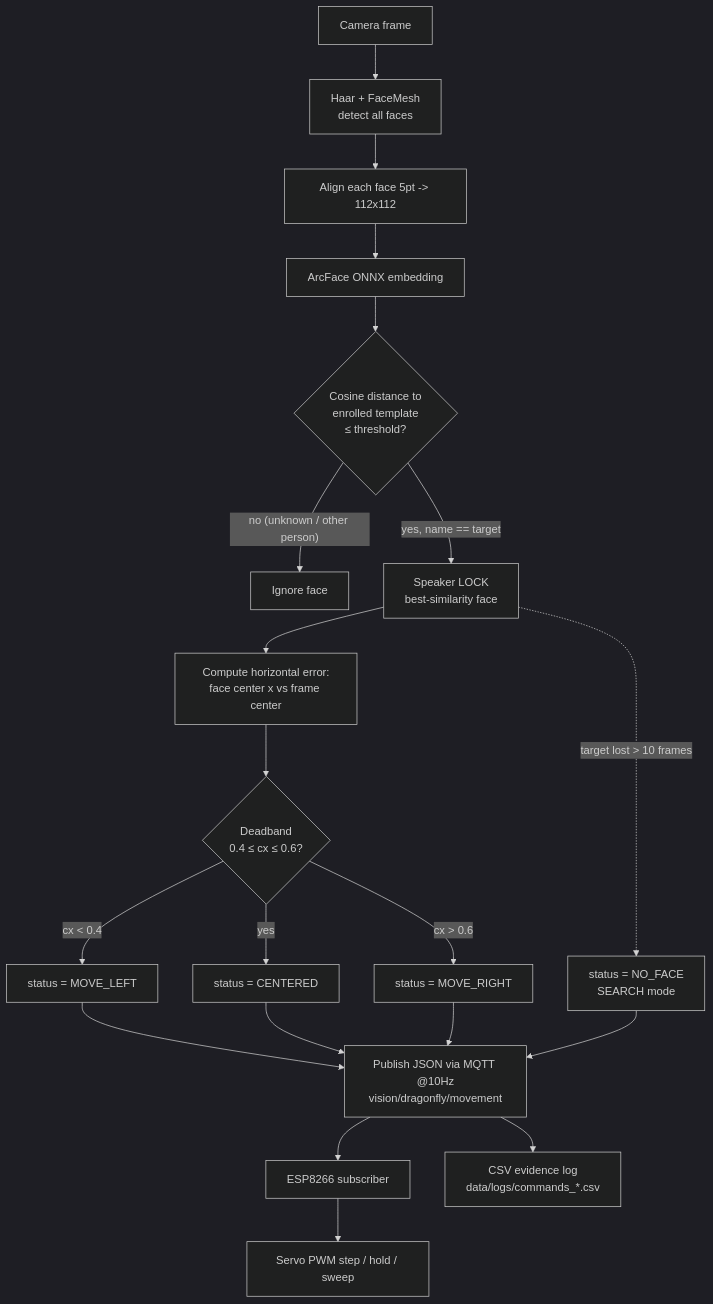
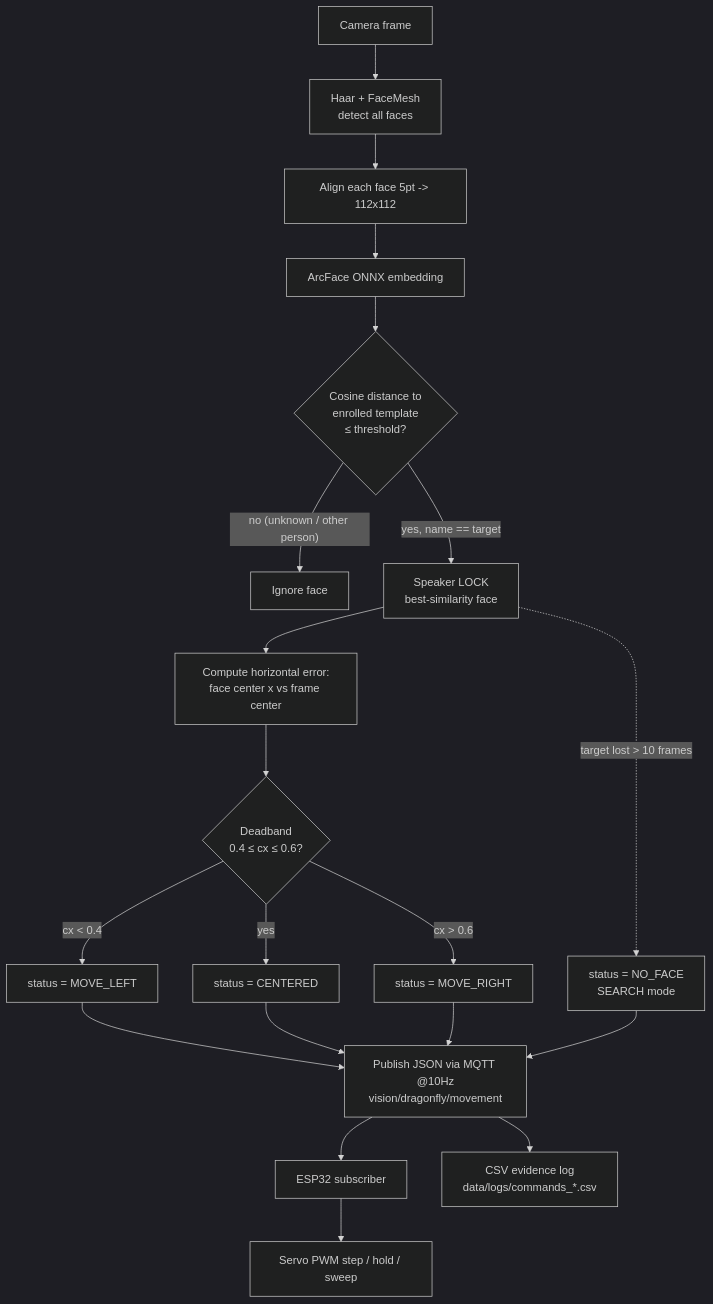
One commit to Irere123/face-mqtt-servo changed the diagram in README.md. Above: the diagram before and after it, drawn with Mermaid (dark theme). The commit also changed other lines of this file and 5 other files, not shown here.

````diff
--- a/README.md
+++ b/README.md
@@ -131,19 +149,19 @@
 ```mermaid
 flowchart TD
     A[Camera frame] --> B[Haar + FaceMesh<br>detect all faces]
     B --> C[Align each face 5pt -> 112x112]
     C --> D[ArcFace ONNX embedding]
     D --> E{Cosine distance to<br>enrolled template<br>&le; threshold?}
     E -- "no (unknown / other person)" --> F[Ignore face]
     E -- "yes, name == target" --> G[Speaker LOCK<br>best-similarity face]
     G --> H[Compute horizontal error:<br>face center x vs frame center]
     H --> I{Deadband<br>0.4 &le; cx &le; 0.6?}
     I -- "cx < 0.4" --> J[status = MOVE_LEFT]
     I -- "yes" --> K[status = CENTERED]
     I -- "cx > 0.6" --> L[status = MOVE_RIGHT]
     G -. "target lost > 10 frames" .-> M[status = NO_FACE<br>SEARCH mode]
     J & K & L & M --> N[Publish JSON via MQTT @10Hz<br>vision/dragonfly/movement]
-    N --> O[ESP8266 subscriber]
+    N --> O[ESP32 subscriber]
     O --> P[Servo PWM step / hold / sweep]
     N --> Q[CSV evidence log<br>data/logs/commands_*.csv]
 ```
````
